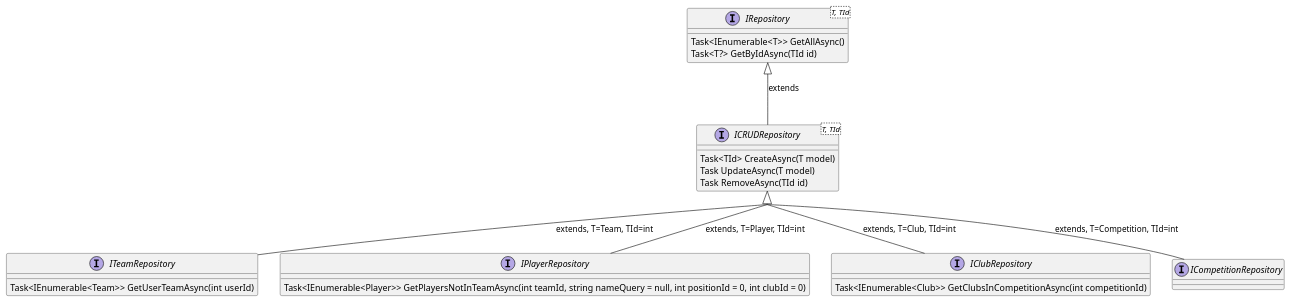
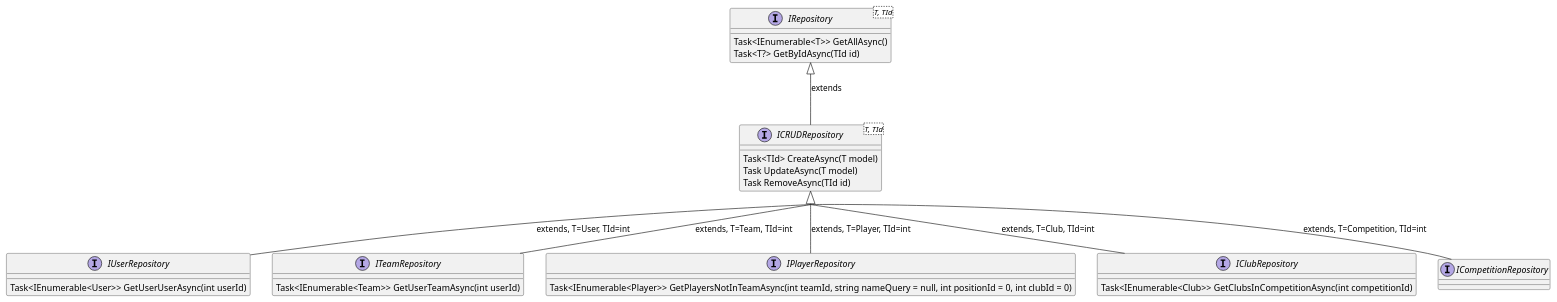
One commit to JKMN-Projects/TeamTactics changed the diagram in docs/Class Diagrams/Infrastructure/Repositories.puml. Above: the diagram before and after it, drawn with PlantUML.

Commit message:
Testing plant uml generation

```diff
--- a/docs/Class Diagrams/Infrastructure/Repositories.puml
+++ b/docs/Class Diagrams/Infrastructure/Repositories.puml
@@ -1,35 +1,40 @@
 @startuml Repositories
 skinparam groupInheritance 2
 
 interface IRepository<T, TId> {
     Task<IEnumerable<T>> GetAllAsync()
     Task<T?> GetByIdAsync(TId id)
 }
 
 interface ICRUDRepository<T, TId> {
     Task<TId> CreateAsync(T model)
     Task UpdateAsync(T model)
     Task RemoveAsync(TId id)
 }
 IRepository <|-- ICRUDRepository : extends
+
+interface IUserRepository {
+    Task<IEnumerable<User>> GetUserUserAsync(int userId)
+}
+ICRUDRepository <|-- IUserRepository : extends, T=User, TId=int
 
 interface ITeamRepository {
     Task<IEnumerable<Team>> GetUserTeamAsync(int userId)
 }
 ICRUDRepository <|-- ITeamRepository : extends, T=Team, TId=int
 
 interface IPlayerRepository {
     Task<IEnumerable<Player>> GetPlayersNotInTeamAsync(int teamId, string nameQuery = null, int positionId = 0, int clubId = 0)
 }
 ICRUDRepository <|-- IPlayerRepository : extends, T=Player, TId=int
 
 interface IClubRepository {
     Task<IEnumerable<Club>> GetClubsInCompetitionAsync(int competitionId)
 }
 ICRUDRepository <|-- IClubRepository : extends, T=Club, TId=int
 
 interface ICompetitionRepository {
 }
 ICRUDRepository <|-- ICompetitionRepository : extends, T=Competition, TId=int
 
 @enduml
```
